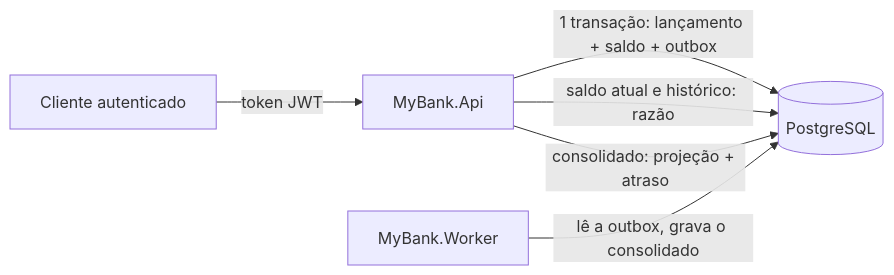
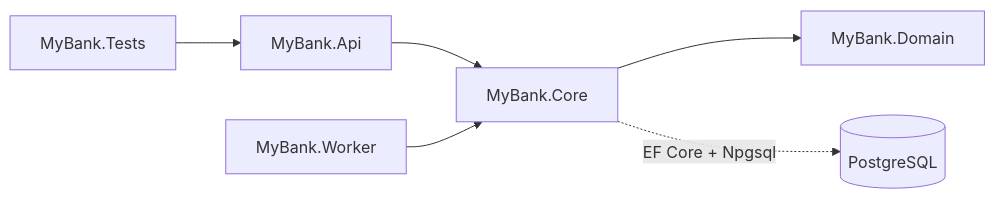
Before and after one commit to workspacecharles/mybank-ledger: the first of 3 diagrams in docs/Architecture.md, drawn with Mermaid. The commit also changed other lines of this file and 14 other files, not shown here.

````diff
--- a/docs/Architecture.md
+++ b/docs/Architecture.md
@@ -35,8 +100,8 @@
 ```mermaid
 flowchart LR
-    Client[Cliente autenticado] -->|"token JWT"| API[MyBank.Api]
-    API -->|"1 transação: lançamento + saldo + outbox"| DB[(PostgreSQL)]
-    API -->|"saldo atual e histórico: razão"| DB
-    API -->|"consolidado: projeção + atraso"| DB
-    Worker[MyBank.Worker] -->|"lê a outbox, grava o consolidado"| DB
+    Api[MyBank.Api] --> Core[MyBank.Core]
+    Worker[MyBank.Worker] --> Core
+    Core --> Domain[MyBank.Domain]
+    Core -.->|"EF Core + Npgsql"| DB[(PostgreSQL)]
+    Tests[MyBank.Tests] --> Api
 ```
````
